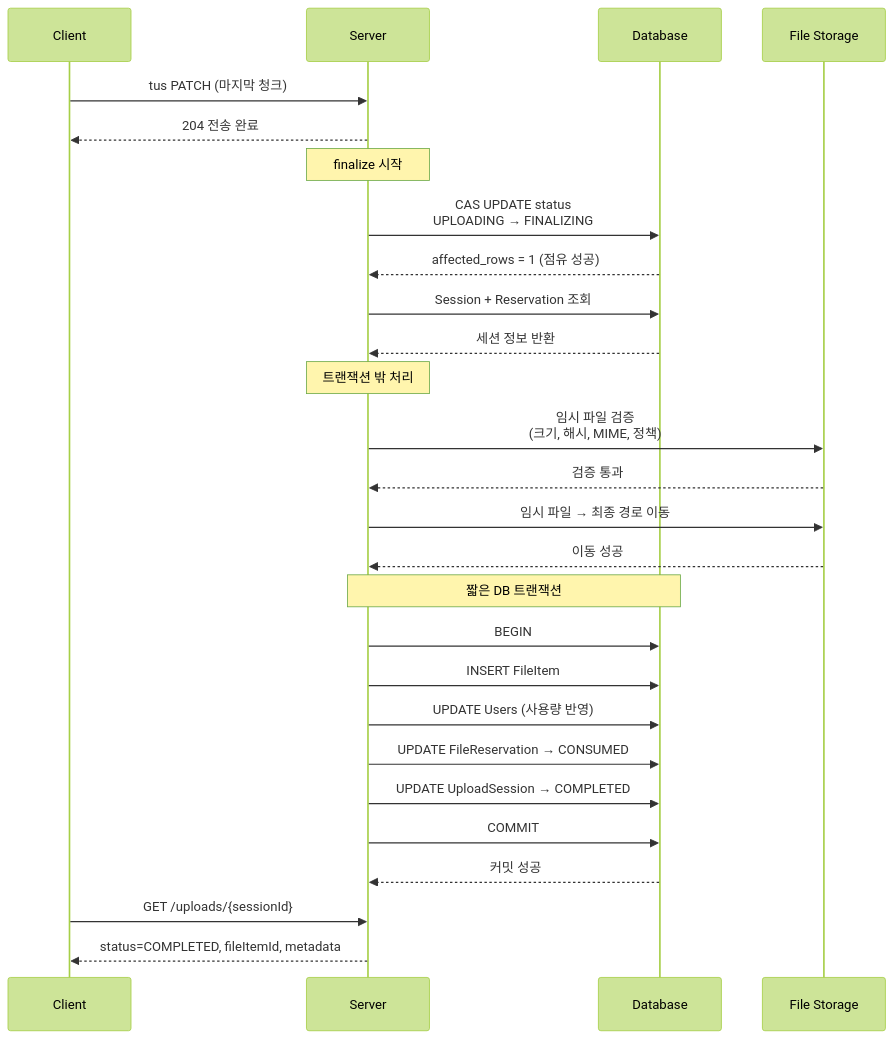
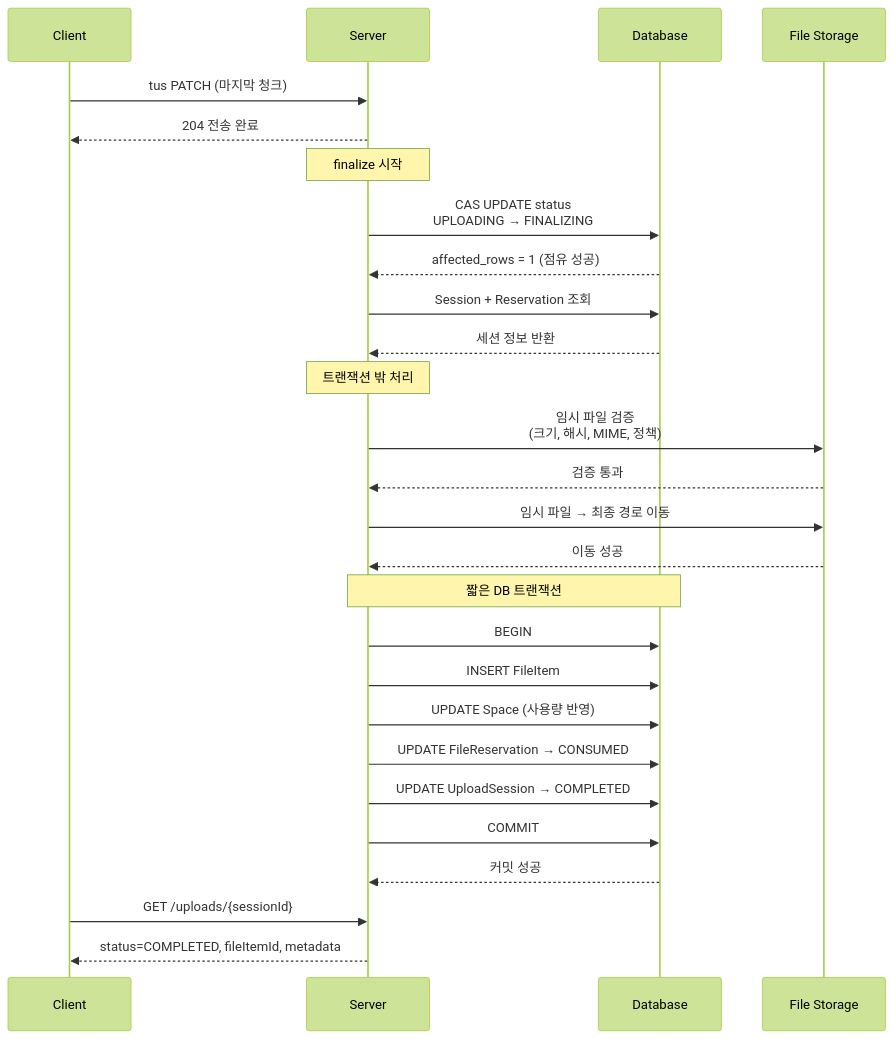
Before and after one commit to Cloud-Sharp/docs: the fifth of 12 diagrams in docs/설계/전략/finalize 중복 방지 락 전략.md, drawn with Mermaid (forest theme). The commit also changed other lines of this file and 5 other files, not shown here.

````diff
--- a/docs/설계/전략/finalize 중복 방지 락 전략.md
+++ b/docs/설계/전략/finalize 중복 방지 락 전략.md
@@ -154,39 +161,39 @@
 ```mermaid
 sequenceDiagram
     participant C as Client
     participant S as Server
     participant DB as Database
     participant FS as File Storage
 
     C->>S: tus PATCH (마지막 청크)
     S-->>C: 204 전송 완료
 
     Note over S: finalize 시작
 
     S->>DB: CAS UPDATE status<br/>UPLOADING → FINALIZING
     DB-->>S: affected_rows = 1 (점유 성공)
 
     S->>DB: Session + Reservation 조회
     DB-->>S: 세션 정보 반환
 
     Note over S: 트랜잭션 밖 처리
 
     S->>FS: 임시 파일 검증<br/>(크기, 해시, MIME, 정책)
     FS-->>S: 검증 통과
 
     S->>FS: 임시 파일 → 최종 경로 이동
     FS-->>S: 이동 성공
 
     Note over S,DB: 짧은 DB 트랜잭션
 
     S->>DB: BEGIN
     S->>DB: INSERT FileItem
-    S->>DB: UPDATE Users (사용량 반영)
+    S->>DB: UPDATE Space (사용량 반영)
     S->>DB: UPDATE FileReservation → CONSUMED
     S->>DB: UPDATE UploadSession → COMPLETED
     S->>DB: COMMIT
     DB-->>S: 커밋 성공
 
     C->>S: GET /uploads/{sessionId}
     S-->>C: status=COMPLETED, fileItemId, metadata
 ```
````
